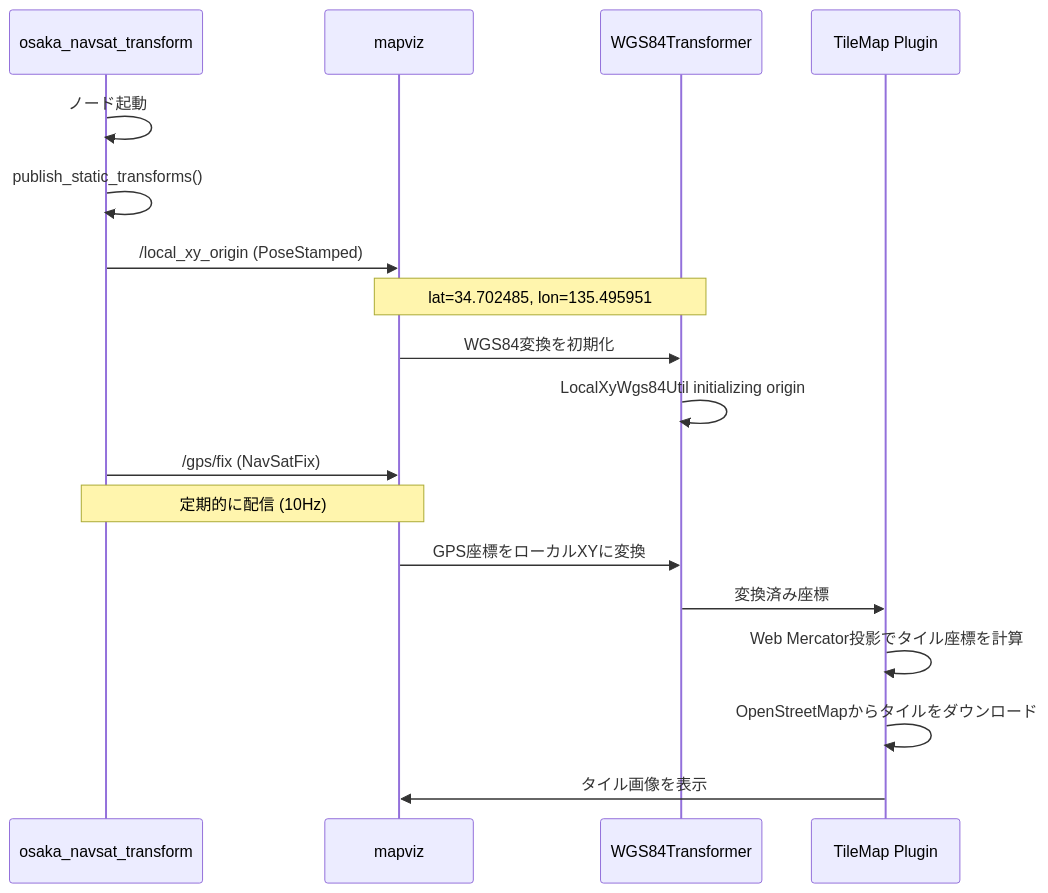
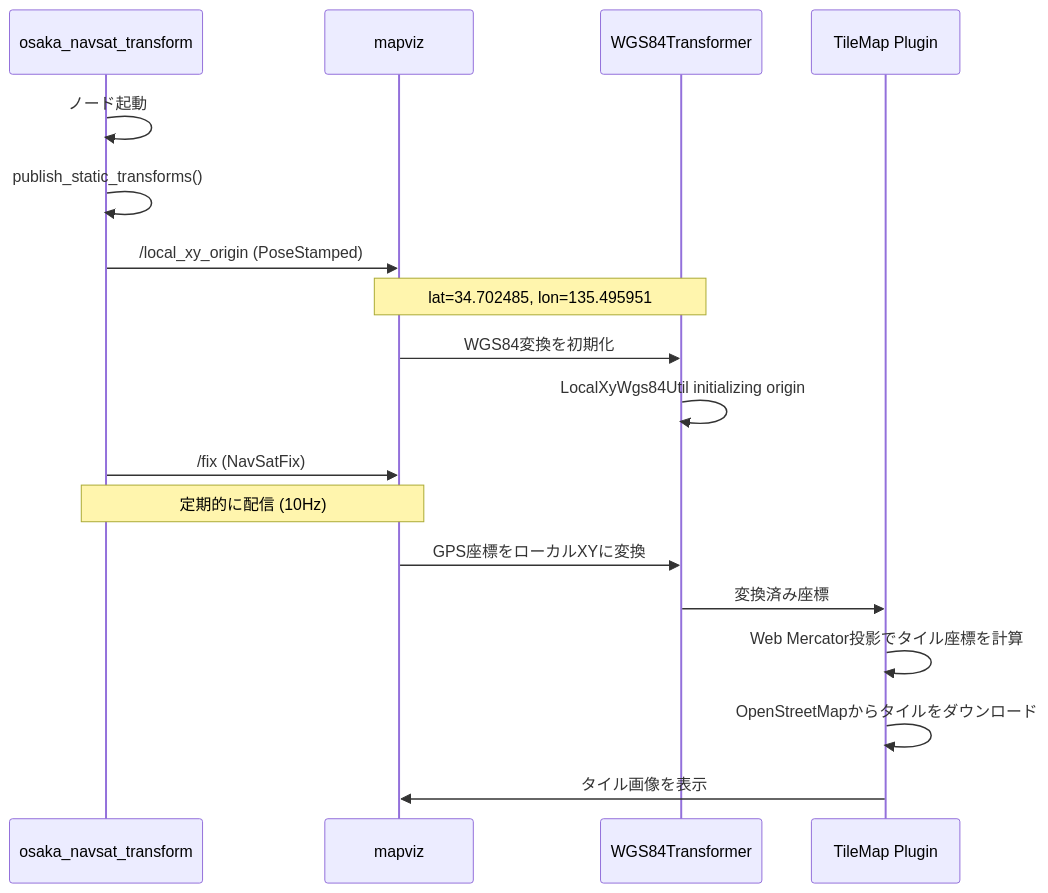
Before and after one commit to sato-susumu/mapviz_sample: the third of 6 diagrams in genai_docs/MAPVIZ_TILE_DISPLAY_GUIDE.md, drawn with Mermaid. The commit also changed other lines of this file and 4 other files, not shown here.

````diff
--- a/genai_docs/MAPVIZ_TILE_DISPLAY_GUIDE.md
+++ b/genai_docs/MAPVIZ_TILE_DISPLAY_GUIDE.md
@@ -55,24 +55,24 @@
 ```mermaid
 sequenceDiagram
     participant N as osaka_navsat_transform
     participant M as mapviz
     participant W as WGS84Transformer
     participant T as TileMap Plugin
 
     N->>N: ノード起動
     N->>N: publish_static_transforms()
     N->>M: /local_xy_origin (PoseStamped)
     Note over M,W: lat=34.702485, lon=135.495951
 
     M->>W: WGS84変換を初期化
     W->>W: LocalXyWgs84Util initializing origin
 
-    N->>M: /gps/fix (NavSatFix)
+    N->>M: /fix (NavSatFix)
     Note over N,M: 定期的に配信 (10Hz)
 
     M->>W: GPS座標をローカルXYに変換
     W->>T: 変換済み座標
     T->>T: Web Mercator投影でタイル座標を計算
     T->>T: OpenStreetMapからタイルをダウンロード
     T->>M: タイル画像を表示
 ```
````
